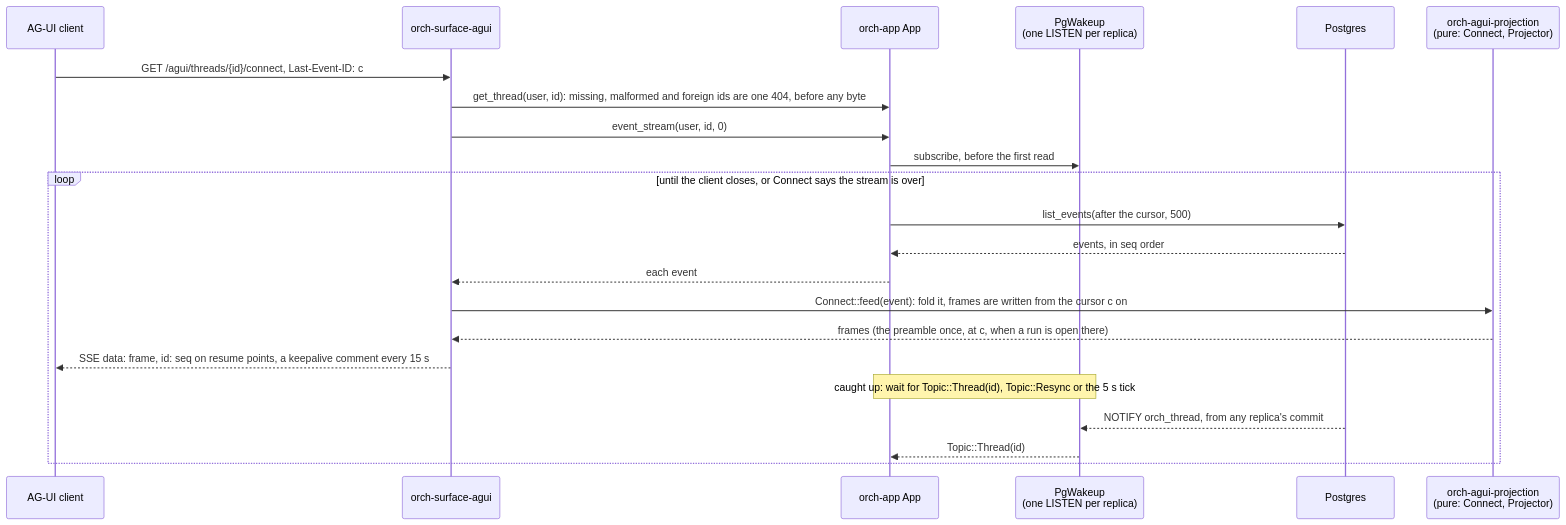
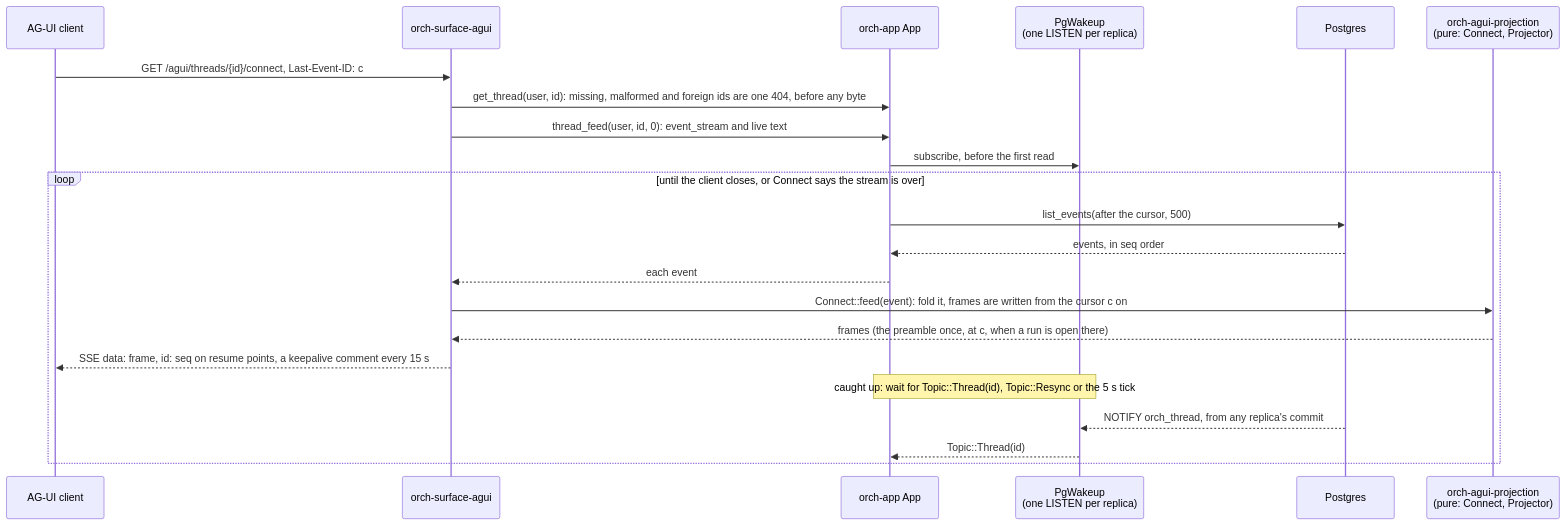
Before and after one commit to vymalo/another-agentic-system: diagram 25 of 26 in docs/orchestrator.md, drawn with Mermaid. The commit also changed other lines of this file and 75 other files, not shown here.

First line of the commit message:
feat: live text — the agent's words relayed as they are written (text-stream/v1, ADR 0027) (#80)

````diff
--- a/docs/orchestrator.md
+++ b/docs/orchestrator.md
@@ -1452,24 +1500,24 @@
 ```mermaid
 sequenceDiagram
   participant C as AG-UI client
   participant S as orch-surface-agui
   participant A as orch-app App
   participant W as PgWakeup<br/>(one LISTEN per replica)
   participant DB as Postgres
   participant P as orch-agui-projection<br/>(pure: Connect, Projector)
   C->>S: GET /agui/threads/{id}/connect, Last-Event-ID: c
   S->>A: get_thread(user, id): missing, malformed and foreign ids are one 404, before any byte
-  S->>A: event_stream(user, id, 0)
+  S->>A: thread_feed(user, id, 0): event_stream and live text
   A->>W: subscribe, before the first read
   loop until the client closes, or Connect says the stream is over
     A->>DB: list_events(after the cursor, 500)
     DB-->>A: events, in seq order
     A-->>S: each event
     S->>P: Connect::feed(event): fold it, frames are written from the cursor c on
     P-->>S: frames (the preamble once, at c, when a run is open there)
     S-->>C: SSE data: frame, id: seq on resume points, a keepalive comment every 15 s
     Note over A,W: caught up: wait for Topic::Thread(id), Topic::Resync or the 5 s tick
     DB-->>W: NOTIFY orch_thread, from any replica's commit
     W-->>A: Topic::Thread(id)
   end
 ```
````
